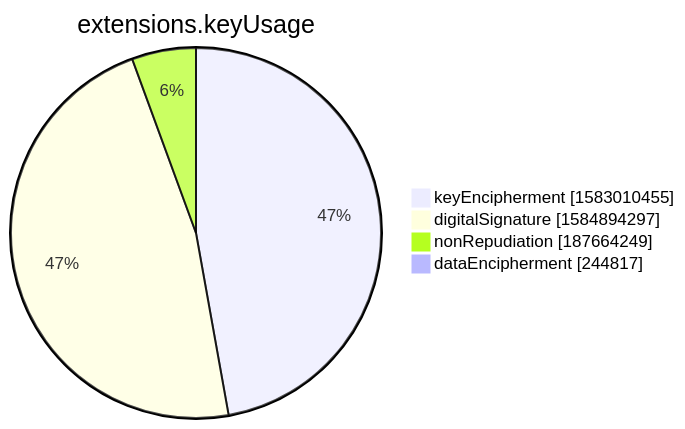
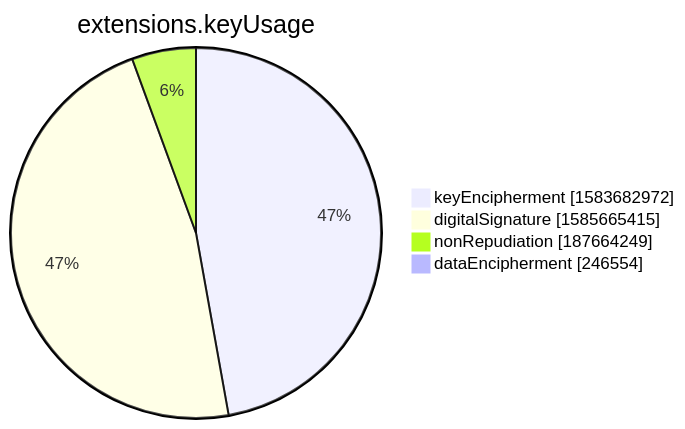
The seventh of 15 diagrams in xenon2022/README.md (christiankrug/ctmonitor_visualization), drawn with Mermaid before and after one commit. The commit also changed other lines of this file, not shown here.

````diff
--- a/xenon2022/README.md
+++ b/xenon2022/README.md
@@ -2854,8 +2854,8 @@
 ```mermaid
 pie showData
 title extensions.keyUsage
-"keyEncipherment" :1583010455
-"digitalSignature" :1584894297
+"keyEncipherment" :1583682972
+"digitalSignature" :1585665415
 "nonRepudiation" :187664249
-"dataEncipherment" :244817
+"dataEncipherment" :246554
 ```
````
